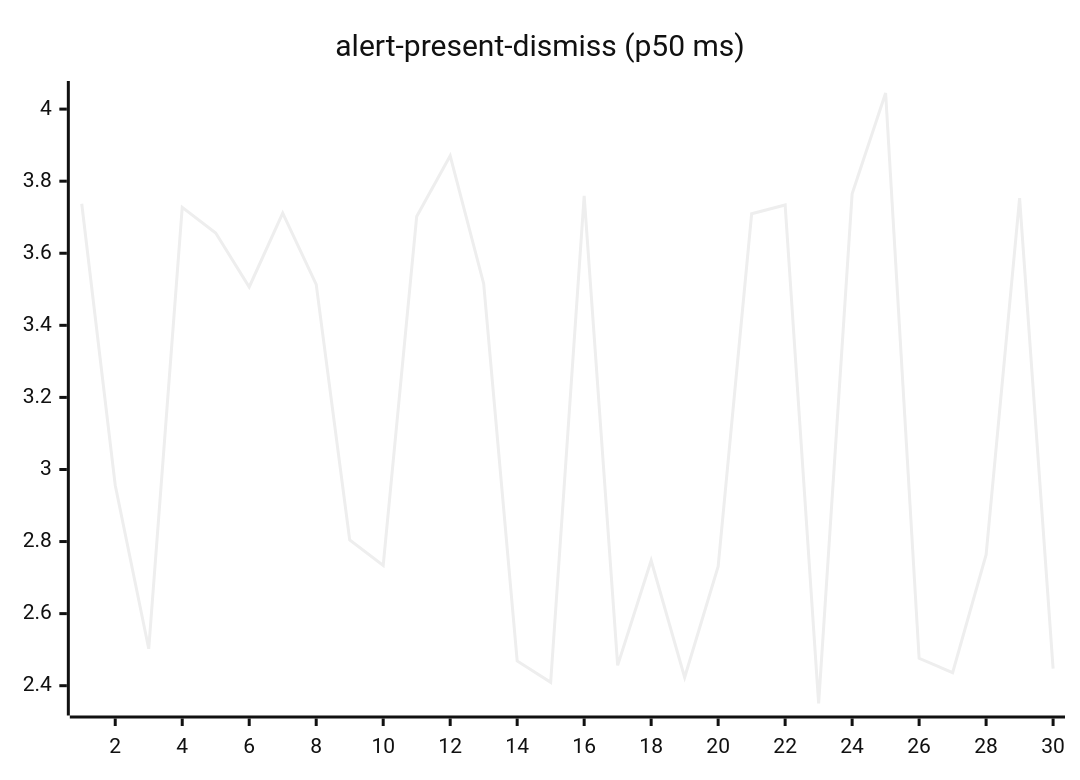
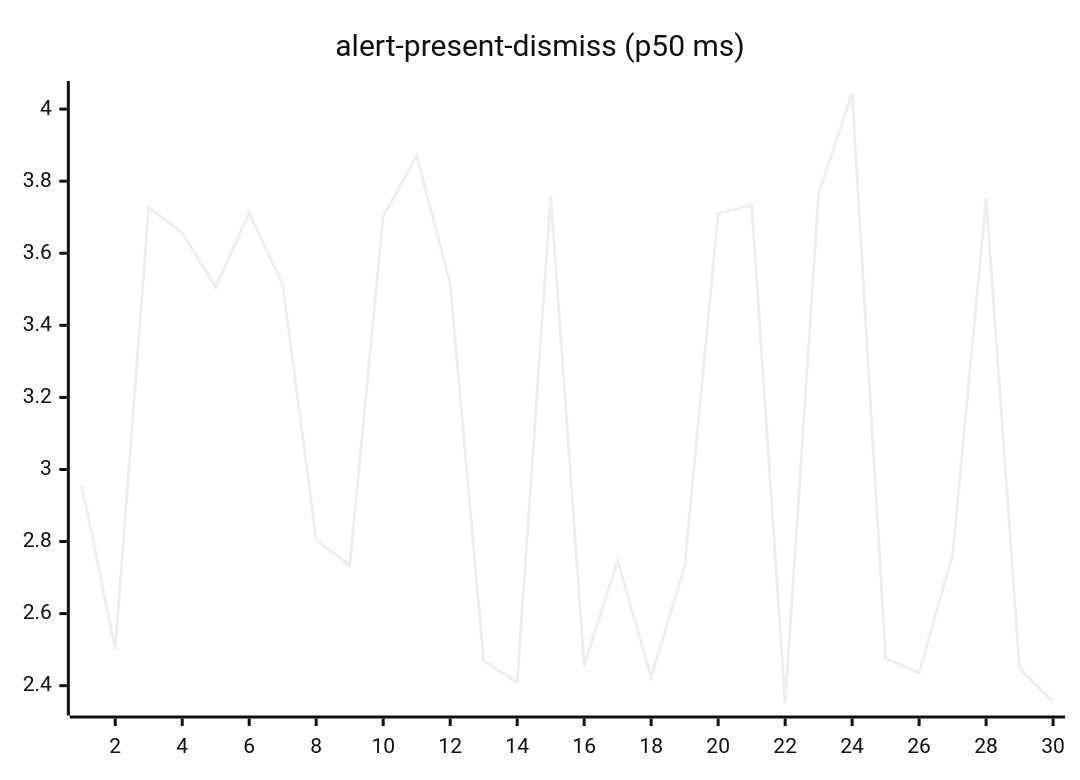
One commit to josha/Facet changed the second of 27 diagrams in README.md. Above: the diagram before and after it, drawn with Mermaid (neutral theme). The commit also changed other lines of this file and 2 other files, not shown here.

````diff
--- a/README.md
+++ b/README.md
@@ -70,6 +70,6 @@
 ```mermaid
 xychart-beta
     title "alert-present-dismiss (p50 ms)"
     x-axis 1 --> 30
-    line [3.7373, 2.9562, 2.5024, 3.7273, 3.6562, 3.5064, 3.7112, 3.5136, 2.8044, 2.7337, 3.7022, 3.8703, 3.5157, 2.4688, 2.4093, 3.7592, 2.4564, 2.7475, 2.4232, 2.7312, 3.7096, 3.7340, 2.3506, 3.7650, 4.0447, 2.4759, 2.4363, 2.7635, 3.7527, 2.4474]
+    line [2.9562, 2.5024, 3.7273, 3.6562, 3.5064, 3.7112, 3.5136, 2.8044, 2.7337, 3.7022, 3.8703, 3.5157, 2.4688, 2.4093, 3.7592, 2.4564, 2.7475, 2.4232, 2.7312, 3.7096, 3.7340, 2.3506, 3.7650, 4.0447, 2.4759, 2.4363, 2.7635, 3.7527, 2.4474, 2.3546]
 ```
````
